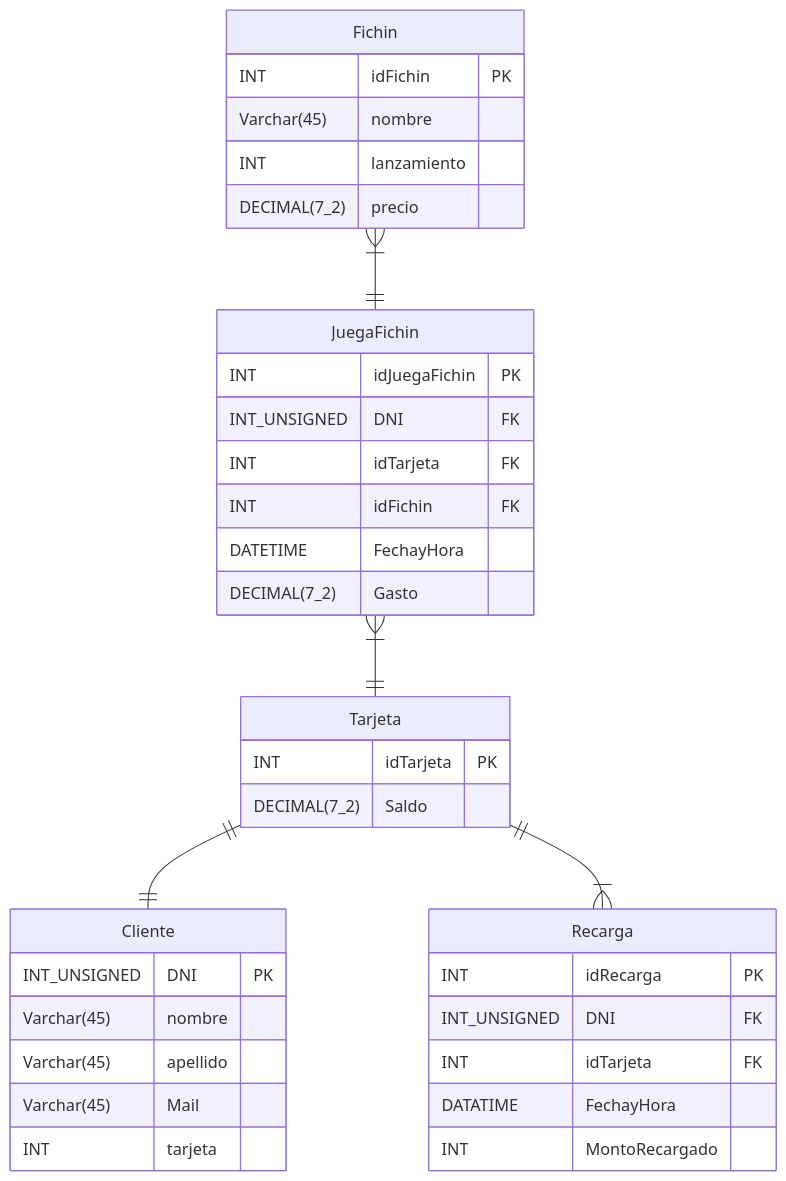
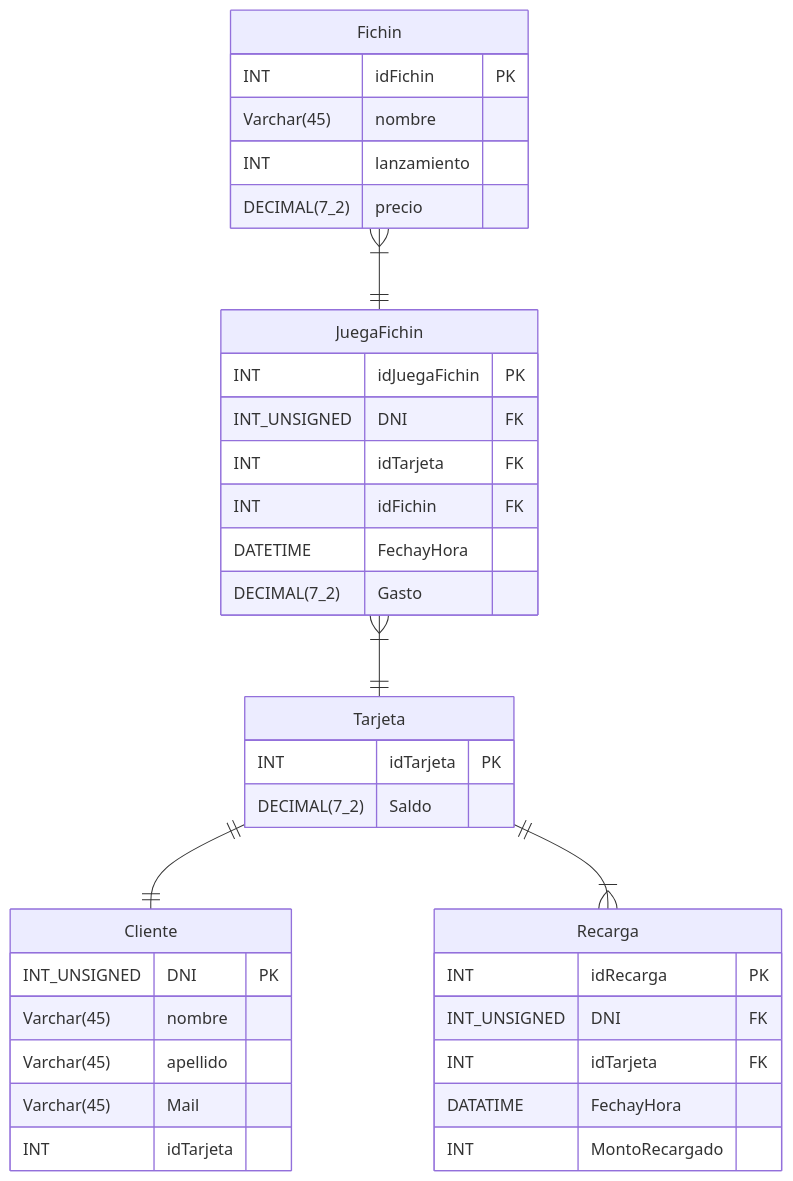
One commit to NoeliaAT/T.P.Fichines changed the diagram in README.md. Above: the diagram before and after it, drawn with Mermaid. The commit also changed 3 other files, not shown here.

````diff
--- a/README.md
+++ b/README.md
@@ -1,47 +1,47 @@
 ```mermaid
 erDiagram
         Fichin{
             
             INT idFichin PK
             Varchar(45) nombre 
             INT lanzamiento 
             DECIMAL(7_2) precio 
         }
         Cliente{
             
             INT_UNSIGNED DNI PK
             Varchar(45) nombre 
             Varchar(45) apellido 
             Varchar(45) Mail 
-            INT tarjeta 
+            INT idTarjeta 
         }
         Recarga{
             
             INT idRecarga PK
             INT_UNSIGNED DNI FK
             INT idTarjeta FK
             DATATIME FechayHora
             INT MontoRecargado
         }
         Tarjeta{
 
             INT idTarjeta PK
             DECIMAL(7_2) Saldo
         }
         JuegaFichin{
             
             INT idJuegaFichin PK
             INT_UNSIGNED DNI FK
             INT idTarjeta FK
             INT idFichin FK
             DATETIME FechayHora
             DECIMAL(7_2) Gasto
         }
     
         Tarjeta ||--|| Cliente : ""
         Tarjeta ||--|{ Recarga : ""
         JuegaFichin }|--|| Tarjeta : ""
         Fichin }|--|| JuegaFichin : ""
         
 
 ```
````
